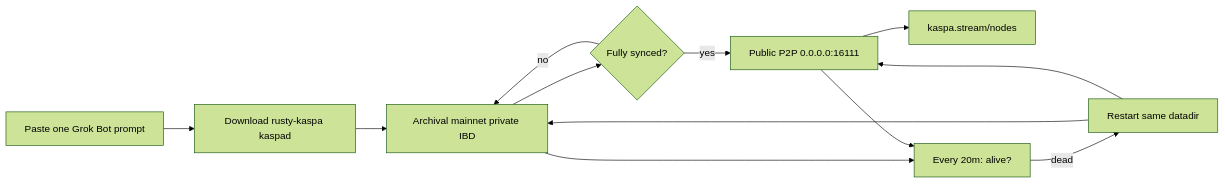
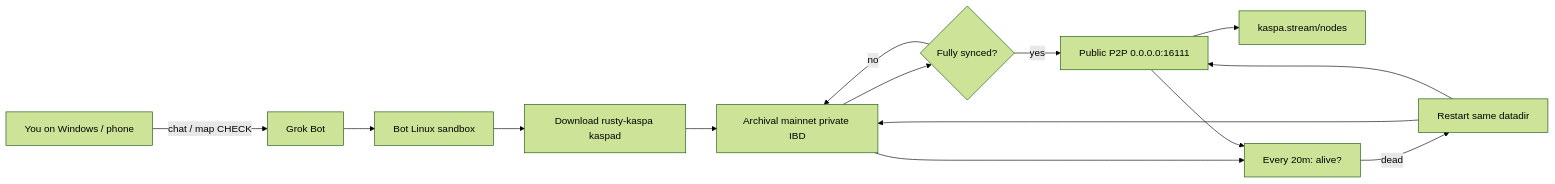
One commit to STP-KAS/Xai.Kaspa.node changed the diagram in README.md. Above: the diagram before and after it, drawn with Mermaid (forest theme). The commit also changed other lines of this file, not shown here.

Commit message:
Docs: who runs vs hosts — bot Linux sandbox, not Windows; WARP note

````diff
--- a/README.md
+++ b/README.md
@@ -43,14 +63,16 @@
 ```mermaid
 flowchart LR
-  A[Paste one Grok Bot prompt] --> B[Download rusty-kaspa kaspad]
+  U[You on Windows / phone] -->|chat / map CHECK| G[Grok Bot]
+  G --> L[Bot Linux sandbox]
+  L --> B[Download rusty-kaspa kaspad]
   B --> C[Archival mainnet private IBD]
   C --> D{Fully synced?}
   D -->|no| C
   D -->|yes| E[Public P2P 0.0.0.0:16111]
   E --> F[kaspa.stream/nodes]
-  C --> G[Every 20m: alive?]
-  E --> G
-  G -->|dead| H[Restart same datadir]
+  C --> K[Every 20m: alive?]
+  E --> K
+  K -->|dead| H[Restart same datadir]
   H --> C
   H --> E
 ```
````
